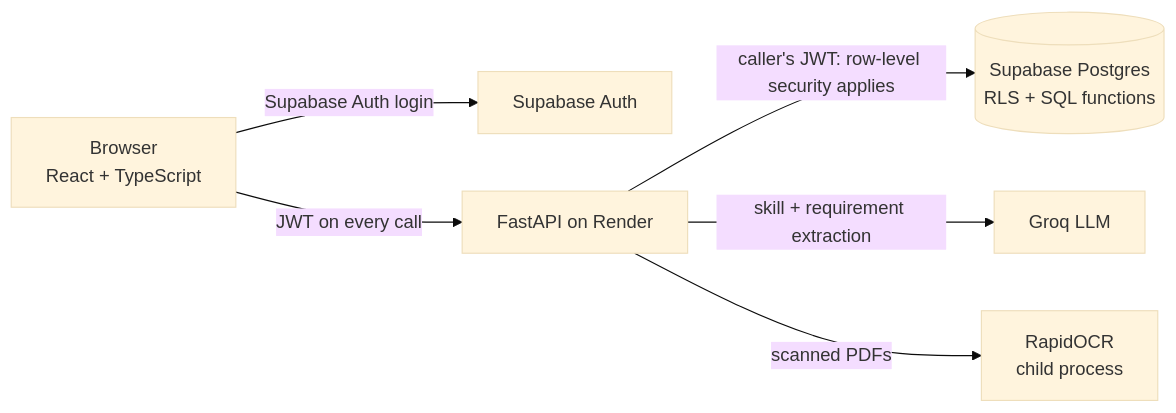
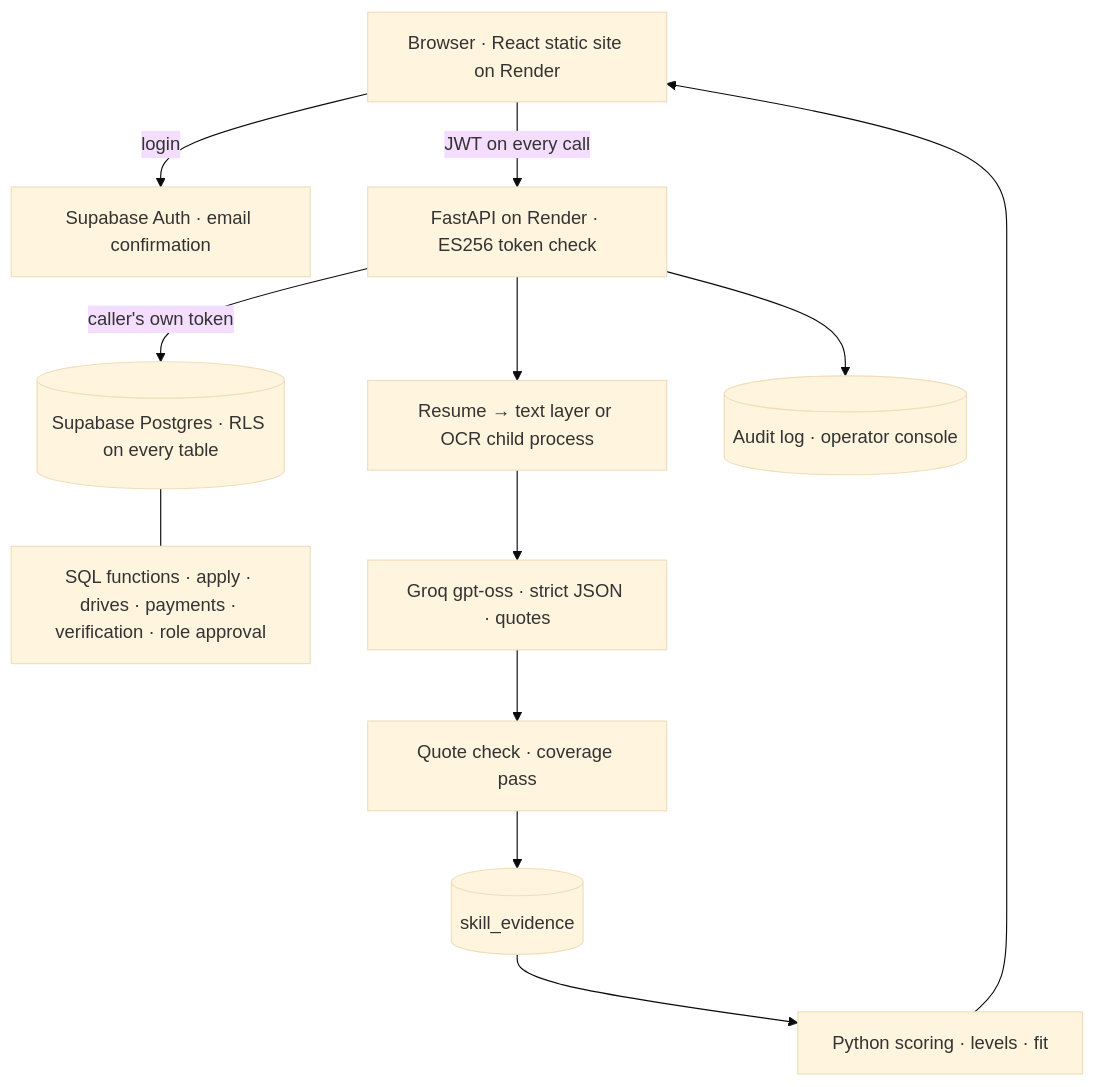
One commit to piyushkapoor235/sprintbridge changed the diagram in README.md. Above: the diagram before and after it, drawn with Mermaid (base theme). The commit also changed other lines of this file and 57 other files, not shown here.

````diff
--- a/README.md
+++ b/README.md
@@ -47,8 +179,14 @@
 ```mermaid
-flowchart LR
-    B[Browser<br/>React + TypeScript] -->|Supabase Auth login| SA[Supabase Auth]
-    B -->|JWT on every call| API[FastAPI on Render]
-    API -->|caller's JWT: row-level security applies| DB[(Supabase Postgres<br/>RLS + SQL functions)]
-    API -->|skill + requirement extraction| G[Groq LLM]
-    API -->|scanned PDFs| OCR[RapidOCR<br/>child process]
+flowchart TD
+    WEB["Browser · React static site on Render"] -->|login| AUTH["Supabase Auth · email confirmation"]
+    WEB -->|JWT on every call| API["FastAPI on Render · ES256 token check"]
+    API -->|caller's own token| DB[("Supabase Postgres · RLS on every table")]
+    DB --- RPC["SQL functions · apply · drives · payments · verification · role approval"]
+    API --> READ["Resume → text layer or OCR child process"]
+    READ --> LLM["Groq gpt-oss · strict JSON · quotes"]
+    LLM --> CHECK["Quote check · coverage pass"]
+    CHECK --> EVID[("skill_evidence")]
+    EVID --> SCORE["Python scoring · levels · fit"]
+    SCORE --> WEB
+    API --> AUDIT[("Audit log · operator console")]
 ```
````
